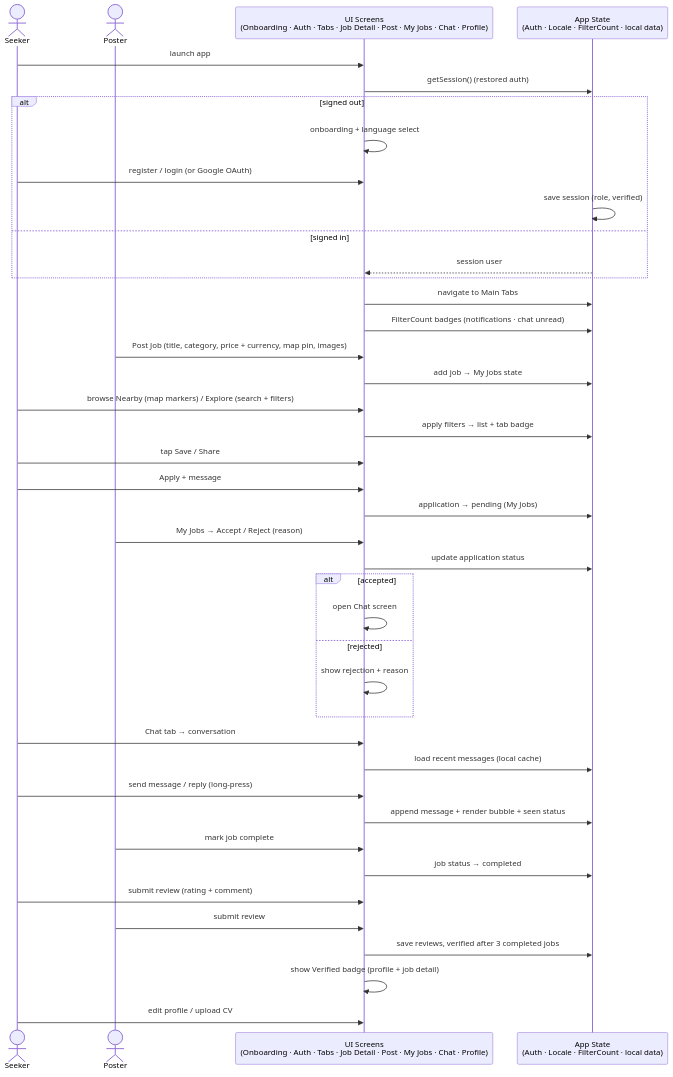
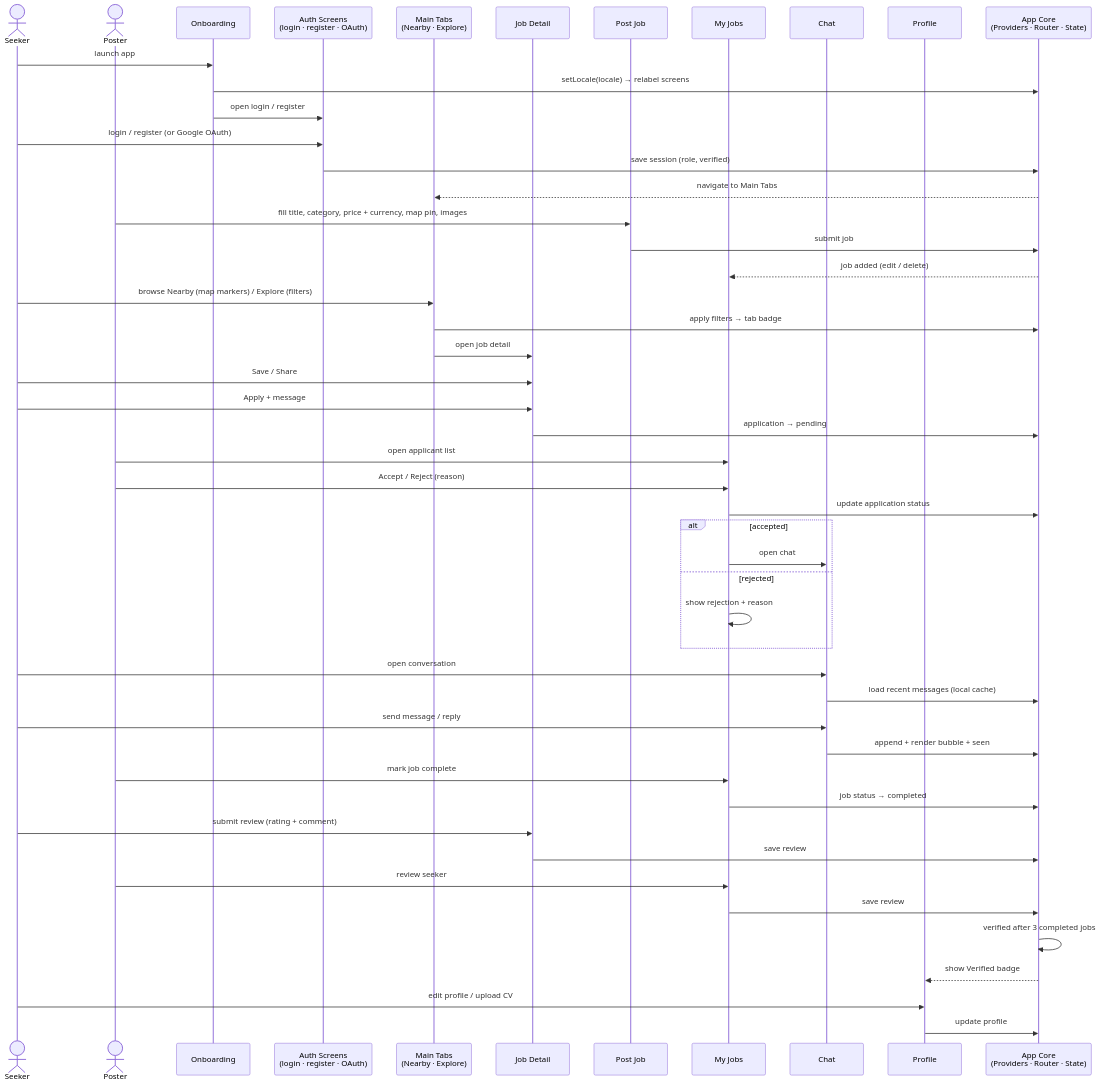
The fourth of 5 diagrams in DIAGRAMS.md (phyothant-dev/loc-jobs), drawn with Mermaid before and after one commit. The commit also changed other lines of this file and 1 other file, not shown here.

Commit message:
docs: give each screen its own lifeline in frontend sequence diagram

````diff
--- a/DIAGRAMS.md
+++ b/DIAGRAMS.md
@@ -332,46 +332,56 @@
 ```mermaid
 sequenceDiagram
     actor Seeker
     actor Poster
-    participant UI as UI Screens<br/>(Onboarding · Auth · Tabs · Job Detail · Post · My Jobs · Chat · Profile)
-    participant ST as App State<br/>(Auth · Locale · FilterCount · local data)
+    participant OB as Onboarding
+    participant AU as Auth Screens<br/>(login · register · OAuth)
+    participant TB as Main Tabs<br/>(Nearby · Explore)
+    participant JD as Job Detail
+    participant PJ as Post Job
+    participant MJ as My Jobs
+    participant CH as Chat
+    participant PF as Profile
+    participant CO as App Core<br/>(Providers · Router · State)
 
-    Seeker->>UI: launch app
-    UI->>ST: getSession() (restored auth)
-    alt signed out
-        UI->>UI: onboarding + language select
-        Seeker->>UI: register / login (or Google OAuth)
-        ST->>ST: save session (role, verified)
-    else signed in
-        ST-->>UI: session user
-    end
-    UI->>ST: navigate to Main Tabs
-    UI->>ST: FilterCount badges (notifications · chat unread)
+    Seeker->>OB: launch app
+    OB->>CO: setLocale(locale) → relabel screens
+    OB->>AU: open login / register
+    Seeker->>AU: login / register (or Google OAuth)
+    AU->>CO: save session (role, verified)
+    CO-->>TB: navigate to Main Tabs
 
-    Poster->>UI: Post Job (title, category, price + currency, map pin, images)
-    UI->>ST: add job → My Jobs state
-    Seeker->>UI: browse Nearby (map markers) / Explore (search + filters)
-    UI->>ST: apply filters → list + tab badge
-    Seeker->>UI: tap Save / Share
-    Seeker->>UI: Apply + message
-    UI->>ST: application → pending (My Jobs)
-    Poster->>UI: My Jobs → Accept / Reject (reason)
-    UI->>ST: update application status
+    Poster->>PJ: fill title, category, price + currency, map pin, images
+    PJ->>CO: submit job
+    CO-->>MJ: job added (edit / delete)
+
+    Seeker->>TB: browse Nearby (map markers) / Explore (filters)
+    TB->>CO: apply filters → tab badge
+    TB->>JD: open job detail
+    Seeker->>JD: Save / Share
+    Seeker->>JD: Apply + message
+    JD->>CO: application → pending
+
+    Poster->>MJ: open applicant list
+    Poster->>MJ: Accept / Reject (reason)
+    MJ->>CO: update application status
     alt accepted
-        UI->>UI: open Chat screen
+        MJ->>CH: open chat
     else rejected
-        UI->>UI: show rejection + reason
+        MJ->>MJ: show rejection + reason
     end
 
-    Seeker->>UI: Chat tab → conversation
-    UI->>ST: load recent messages (local cache)
-    Seeker->>UI: send message / reply (long-press)
-    UI->>ST: append message + render bubble + seen status
-    Poster->>UI: mark job complete
-    UI->>ST: job status → completed
-    Seeker->>UI: submit review (rating + comment)
-    Poster->>UI: submit review
-    UI->>ST: save reviews, verified after 3 completed jobs
-    UI->>UI: show Verified badge (profile + job detail)
-    Seeker->>UI: edit profile / upload CV
+    Seeker->>CH: open conversation
+    CH->>CO: load recent messages (local cache)
+    Seeker->>CH: send message / reply
+    CH->>CO: append + render bubble + seen
+    Poster->>MJ: mark job complete
+    MJ->>CO: job status → completed
+    Seeker->>JD: submit review (rating + comment)
+    JD->>CO: save review
+    Poster->>MJ: review seeker
+    MJ->>CO: save review
+    CO->>CO: verified after 3 completed jobs
+    CO-->>PF: show Verified badge
+    Seeker->>PF: edit profile / upload CV
+    PF->>CO: update profile
 ```
````
